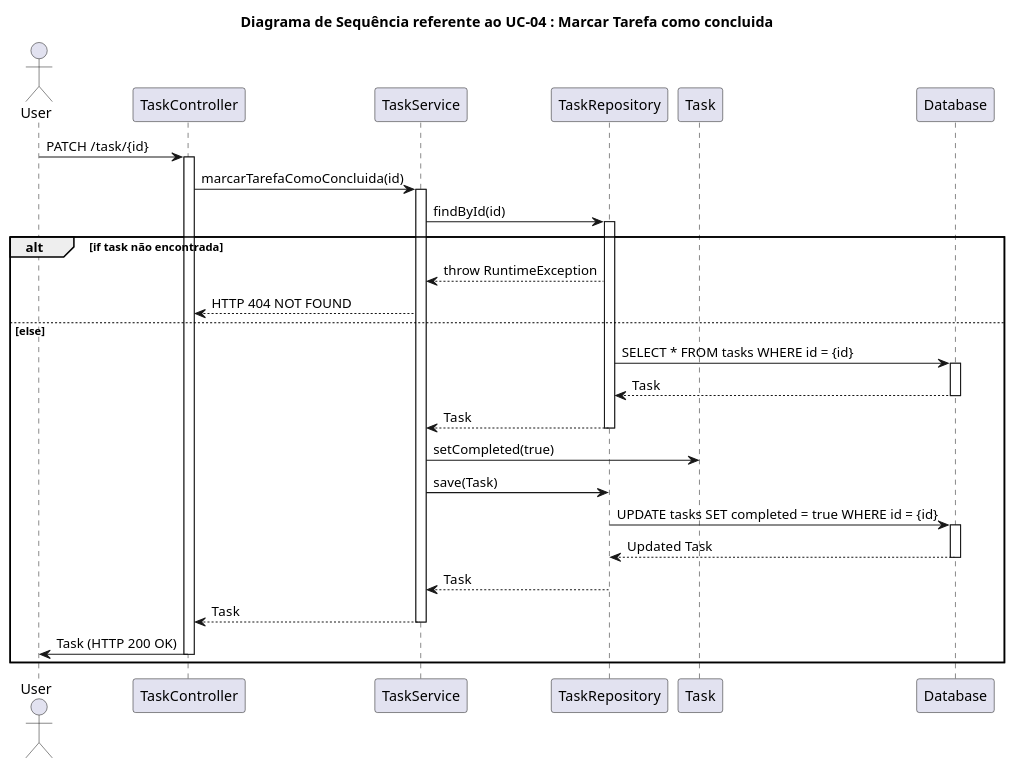
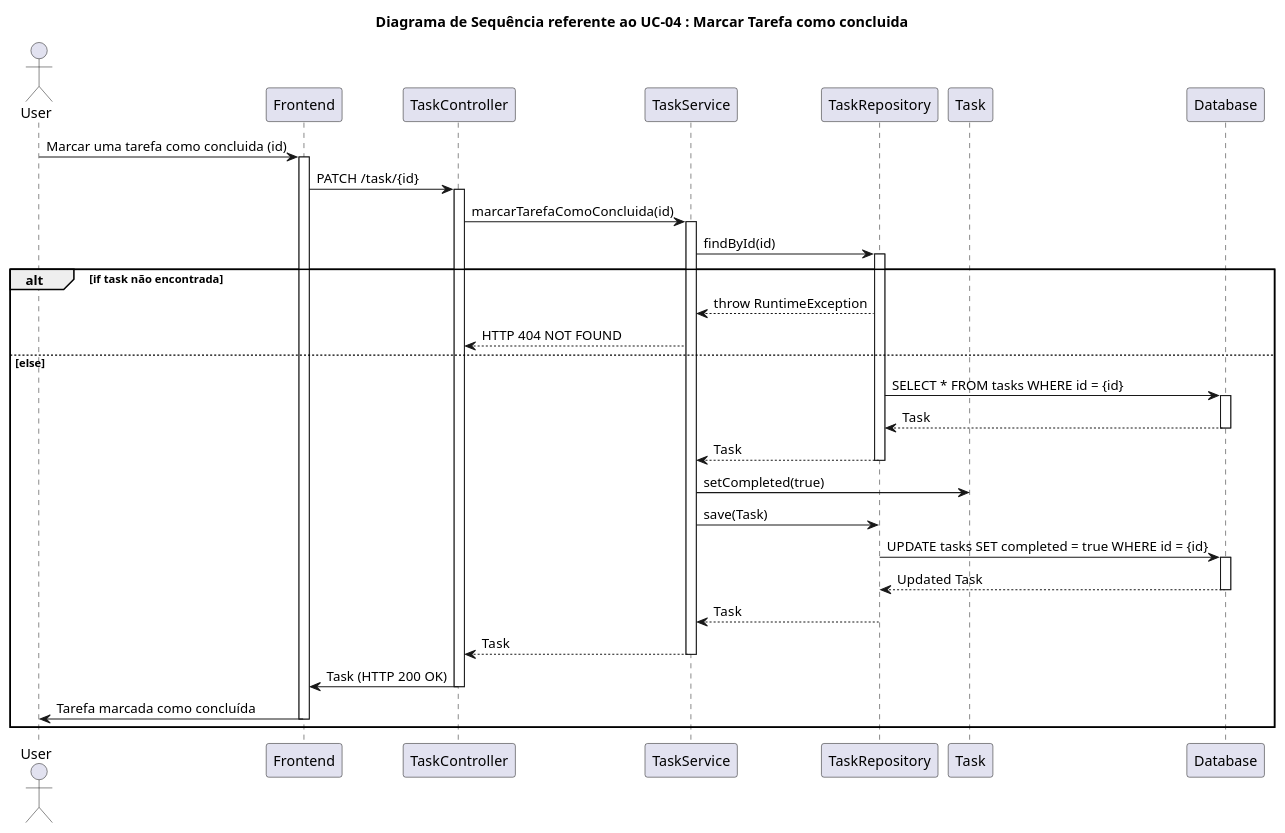
One commit to henriquedani/ToDoList_LabDesSoft changed the diagram in docs/diagramas_sequencia/diagramaSequenciaUC04.puml. Above: the diagram before and after it, drawn with PlantUML. The commit also changed 5 other files, not shown here.

Commit message:
Adição front nos diagramas de sequência

```diff
--- a/docs/diagramas_sequencia/diagramaSequenciaUC04.puml
+++ b/docs/diagramas_sequencia/diagramaSequenciaUC04.puml
@@ -1,40 +1,45 @@
 @startuml diagramaSequenciaUC04.puml
 title Diagrama de Sequência referente ao UC-04 : Marcar Tarefa como concluida
 
 actor User
+participant Frontend
 participant TaskController
 participant TaskService
 participant TaskRepository
 participant Task
 participant Database
 
-User -> TaskController: PATCH /task/{id}
+User -> Frontend: Marcar uma tarefa como concluida (id)
+activate Frontend
+Frontend -> TaskController: PATCH /task/{id}
 activate TaskController
 TaskController -> TaskService: marcarTarefaComoConcluida(id)
 activate TaskService
 TaskService -> TaskRepository: findById(id)
 activate TaskRepository
 alt if task não encontrada
     TaskRepository --> TaskService: throw RuntimeException
     TaskService --> TaskController: HTTP 404 NOT FOUND
 else else
     TaskRepository -> Database: SELECT * FROM tasks WHERE id = {id}
     activate Database
     Database --> TaskRepository: Task
     deactivate Database
     TaskRepository --> TaskService: Task
     deactivate TaskRepository
     TaskService -> Task: setCompleted(true)
     TaskService -> TaskRepository: save(Task)
     TaskRepository -> Database: UPDATE tasks SET completed = true WHERE id = {id}
     activate Database
     Database --> TaskRepository: Updated Task
     deactivate Database
     TaskRepository --> TaskService: Task
     deactivate TaskRepository
     TaskService --> TaskController: Task
     deactivate TaskService
-    TaskController -> User: Task (HTTP 200 OK)
+    TaskController -> Frontend: Task (HTTP 200 OK)
     deactivate TaskController
+    Frontend -> User: Tarefa marcada como concluída
+    deactivate Frontend
 end
 @enduml
```
